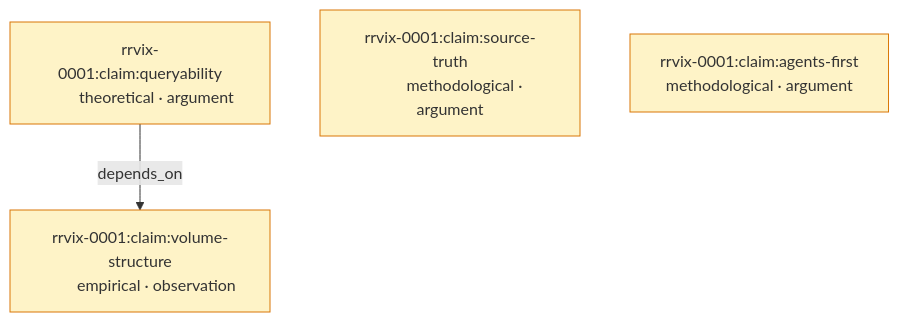
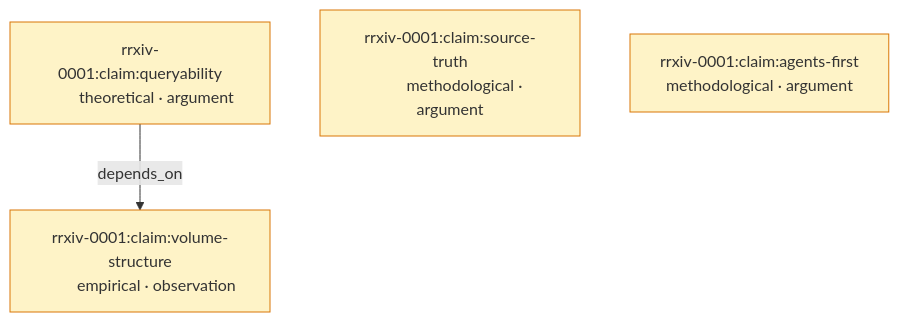
One commit to random-walks/rrxiv changed the second of 2 diagrams in spec/0003-claim-graph.md. Above: the diagram before and after it, drawn with Mermaid. The commit also changed other lines of this file and 71 other files, not shown here.

First line of the commit message:
rename: rrvix → rrxiv across the protocol repo

````diff
--- a/spec/0003-claim-graph.md
+++ b/spec/0003-claim-graph.md
@@ -104,16 +104,16 @@
 ```mermaid
 flowchart TD
-    VS["rrvix-0001:claim:volume-structure
+    VS["rrxiv-0001:claim:volume-structure
         empirical · observation"]
-    QY["rrvix-0001:claim:queryability
+    QY["rrxiv-0001:claim:queryability
         theoretical · argument"]
-    ST["rrvix-0001:claim:source-truth
+    ST["rrxiv-0001:claim:source-truth
         methodological · argument"]
-    AG["rrvix-0001:claim:agents-first
+    AG["rrxiv-0001:claim:agents-first
         methodological · argument"]
 
     QY -- depends_on --> VS
 
     classDef untested fill:#fef3c7,stroke:#d97706
     class VS,QY,ST,AG untested
 ```
````
